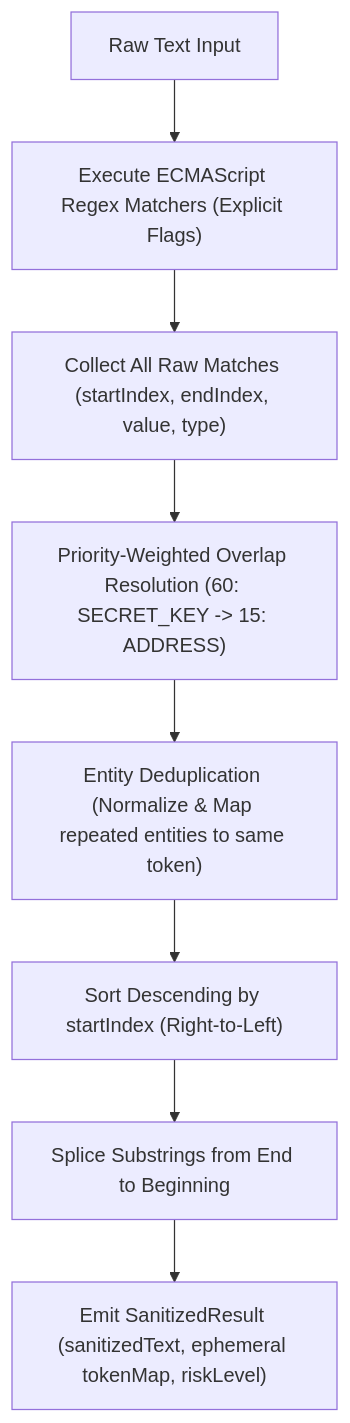
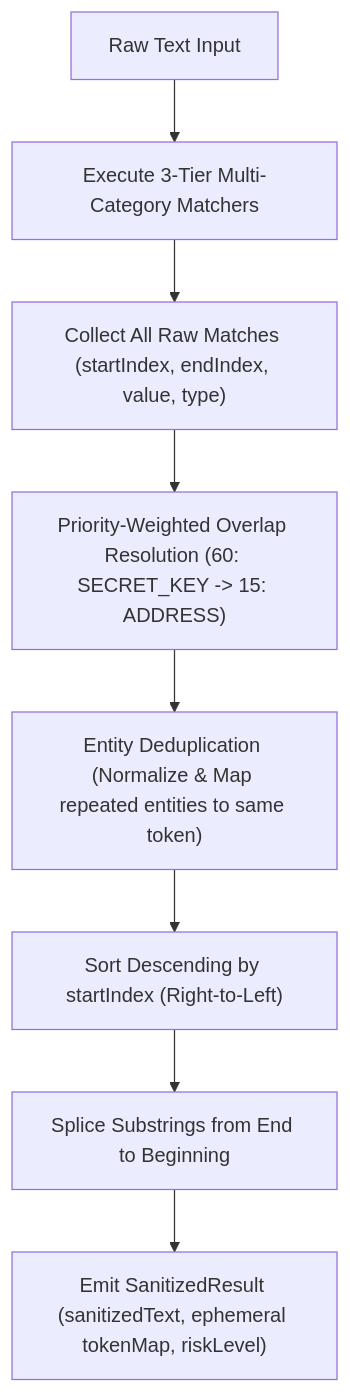
One commit to lukasmatusiewicz/OSCAR changed the second of 2 diagrams in docs/spec/privacy-guard-spec.md. Above: the diagram before and after it, drawn with Mermaid. The commit also changed other lines of this file and 4 other files, not shown here.

````diff
--- a/docs/spec/privacy-guard-spec.md
+++ b/docs/spec/privacy-guard-spec.md
@@ -104,10 +129,10 @@
 ```mermaid
 flowchart TD
-    Raw["Raw Text Input"] --> Scan["Execute ECMAScript Regex Matchers (Explicit Flags)"]
+    Raw["Raw Text Input"] --> Scan["Execute 3-Tier Multi-Category Matchers"]
     Scan --> Collect["Collect All Raw Matches (startIndex, endIndex, value, type)"]
     Collect --> Overlap["Priority-Weighted Overlap Resolution (60: SECRET_KEY -> 15: ADDRESS)"]
     Overlap --> Dedupe["Entity Deduplication (Normalize & Map repeated entities to same token)"]
     Dedupe --> Sort["Sort Descending by startIndex (Right-to-Left)"]
     Sort --> Splice["Splice Substrings from End to Beginning"]
     Splice --> Out["Emit SanitizedResult (sanitizedText, ephemeral tokenMap, riskLevel)"]
 ```
````
